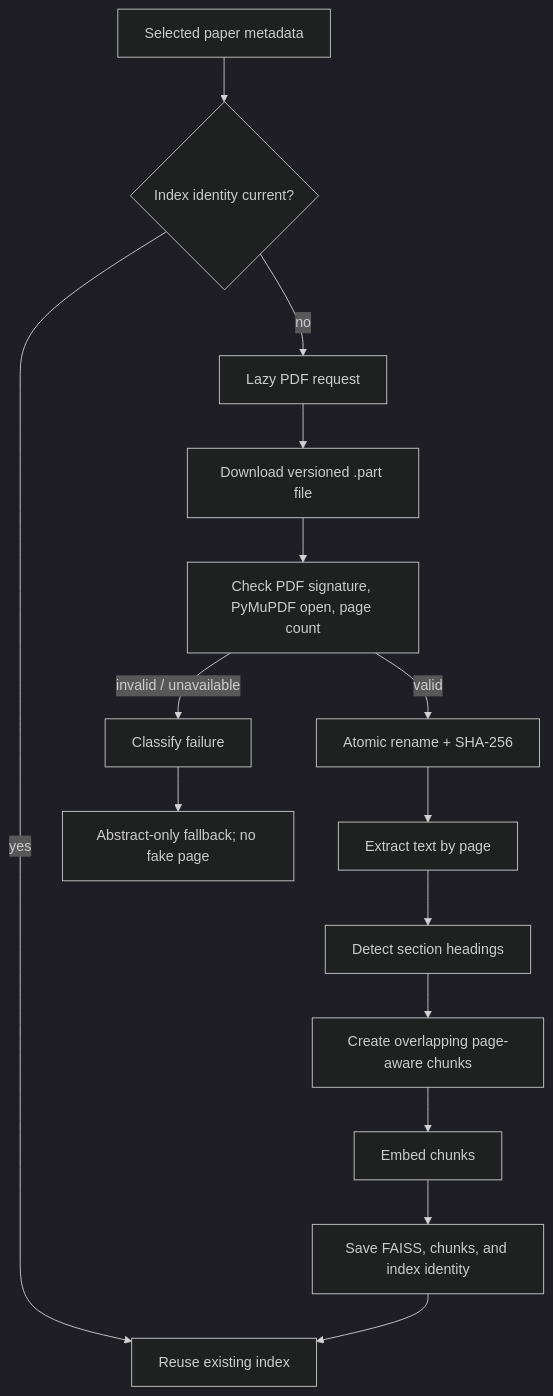
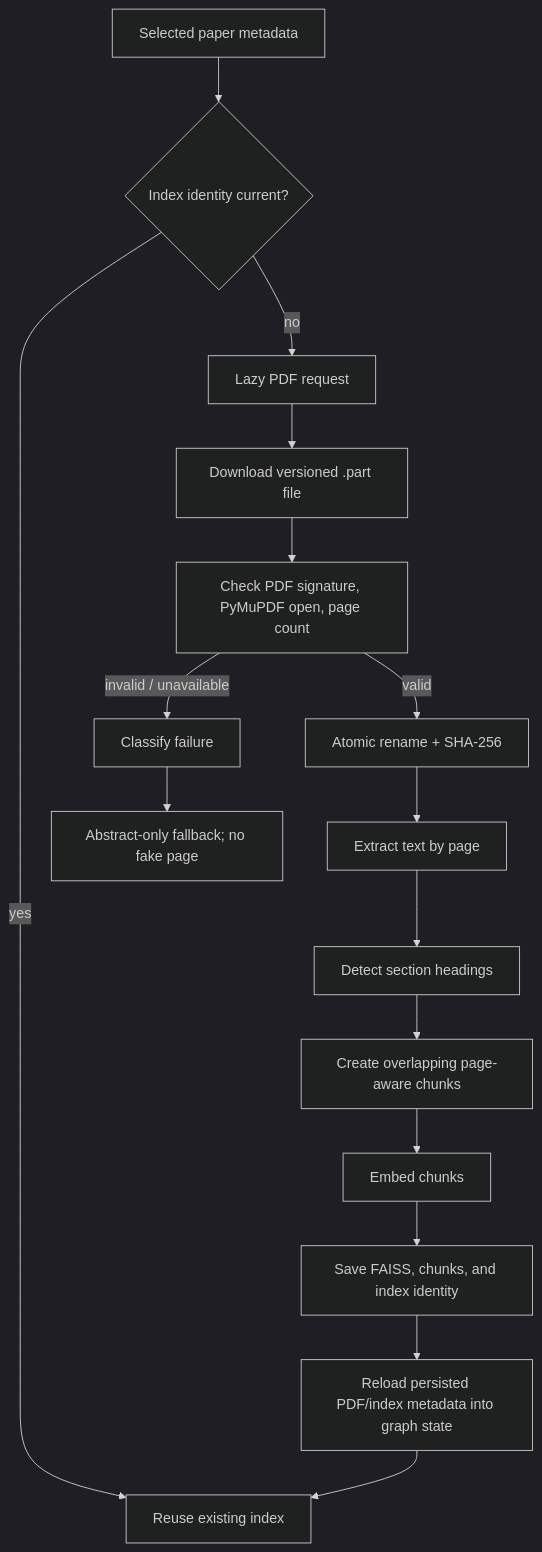
One commit to TQC0103/scientific-research-agent changed the fifth of 11 diagrams in docs/SYSTEM_VISUALIZATION.md. Above: the diagram before and after it, drawn with Mermaid (dark theme). The commit also changed other lines of this file and 7 other files, not shown here.

Commit message:
Refresh indexed metadata before retrieval

````diff
--- a/docs/SYSTEM_VISUALIZATION.md
+++ b/docs/SYSTEM_VISUALIZATION.md
@@ -128,17 +128,18 @@
 ```mermaid
 flowchart TD
     PAPER["Selected paper metadata"] --> CURRENT{"Index identity current?"}
     CURRENT -->|"yes"| READY["Reuse existing index"]
     CURRENT -->|"no"| LAZY["Lazy PDF request"]
     LAZY --> PART["Download versioned .part file"]
     PART --> VALIDATE["Check PDF signature, PyMuPDF open, page count"]
     VALIDATE -->|"invalid / unavailable"| FAILURE["Classify failure"]
     FAILURE --> ABSTRACT["Abstract-only fallback; no fake page"]
     VALIDATE -->|"valid"| ATOMIC["Atomic rename + SHA-256"]
     ATOMIC --> PAGES["Extract text by page"]
     PAGES --> SECTIONS["Detect section headings"]
     SECTIONS --> CHUNKS["Create overlapping page-aware chunks"]
     CHUNKS --> EMBED["Embed chunks"]
     EMBED --> SAVE["Save FAISS, chunks, and index identity"]
-    SAVE --> READY
+    SAVE --> REFRESH["Reload persisted PDF/index metadata into graph state"]
+    REFRESH --> READY
 ```
````
